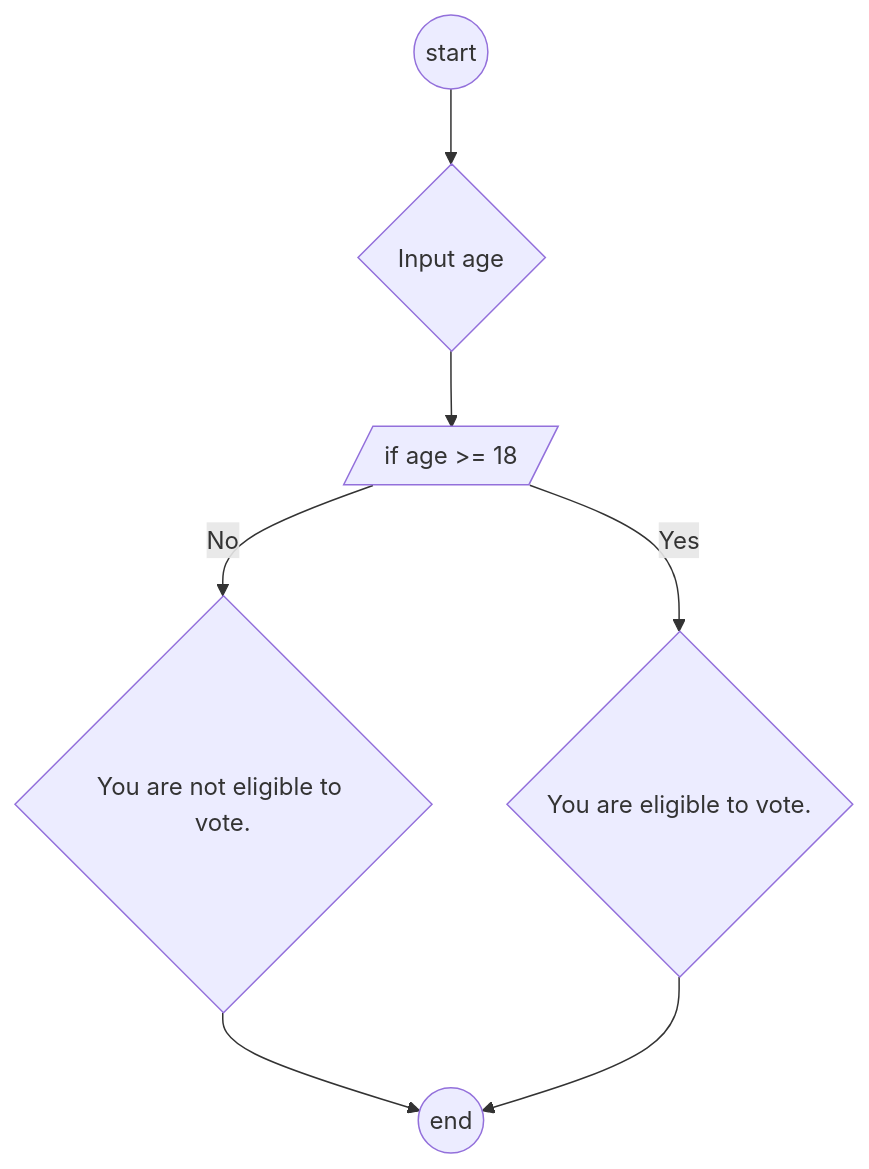
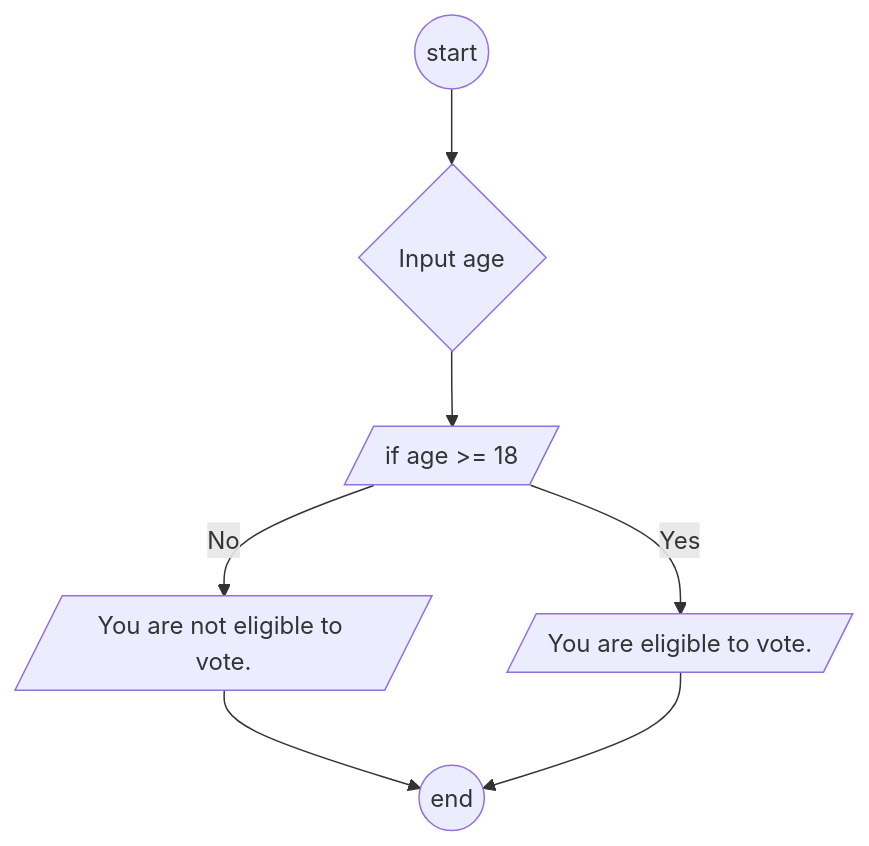
One commit to ihabau/Lexicon-lesson3-flowcharts changed the diagram in Exercise1.md. Above: the diagram before and after it, drawn with Mermaid. The commit also changed other lines of this file and 3 other files, not shown here.

````diff
--- a/Exercise1.md
+++ b/Exercise1.md
@@ -22,9 +22,9 @@
 ```mermaid
 graph TD
 A((start)) --> B{Input age}
 B --> C[/if age >= 18/]
-C -- Yes --> D{You are eligible to vote.}
-C -- No --> E{You are not eligible to vote.}
+C -- Yes --> D[/You are eligible to vote./]
+C -- No --> E[/You are not eligible to vote./]
 E --> F((end))
 D --> F((end))
 ```
````
